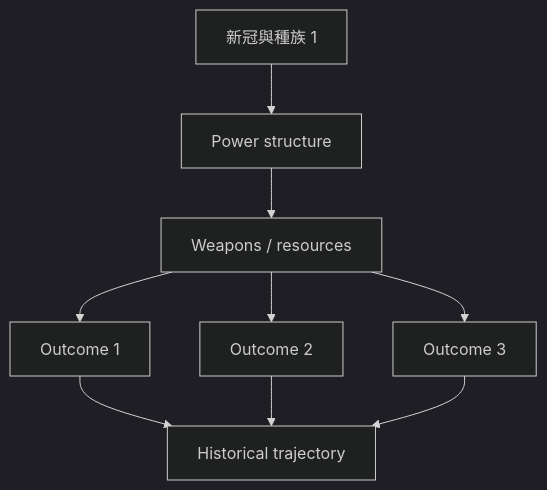
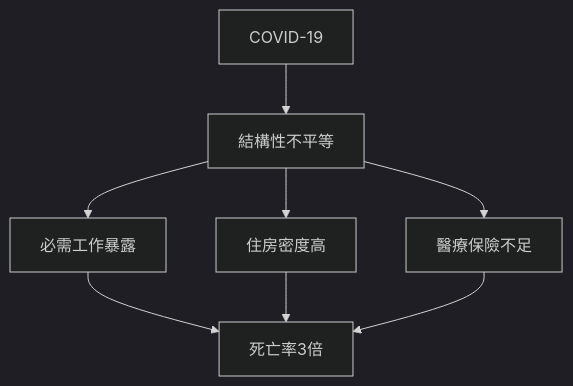
One commit to yip-lgtm/HKU-Harvard-History-Self-Study changed the fourth of 10 diagrams in 02_Harvard_Courses/Fall_Courses/Hist86_Race_and_Public_Health.md. Above: the diagram before and after it, drawn with Mermaid (dark theme). The commit also changed other lines of this file and 15 other files, not shown here.

````diff
--- a/02_Harvard_Courses/Fall_Courses/Hist86_Race_and_Public_Health.md
+++ b/02_Harvard_Courses/Fall_Courses/Hist86_Race_and_Public_Health.md
@@ -224,11 +162,10 @@
 ```mermaid
 graph TD
-    A[新冠與種族 1] --> B[Power structure]
-    B --> C[Weapons / resources]
-    C --> D[Outcome 1]
-    C --> E[Outcome 2]
-    C --> F[Outcome 3]
-    D --> G[Historical trajectory]
-    E --> G
-    F --> G
+    A[COVID-19] --> B[結構性不平等]
+    B --> C[必需工作暴露]
+    B --> D[住房密度高]
+    B --> E[醫療保險不足]
+    C --> F[死亡率3倍]
+    D --> F
+    E --> F
 ```
````
